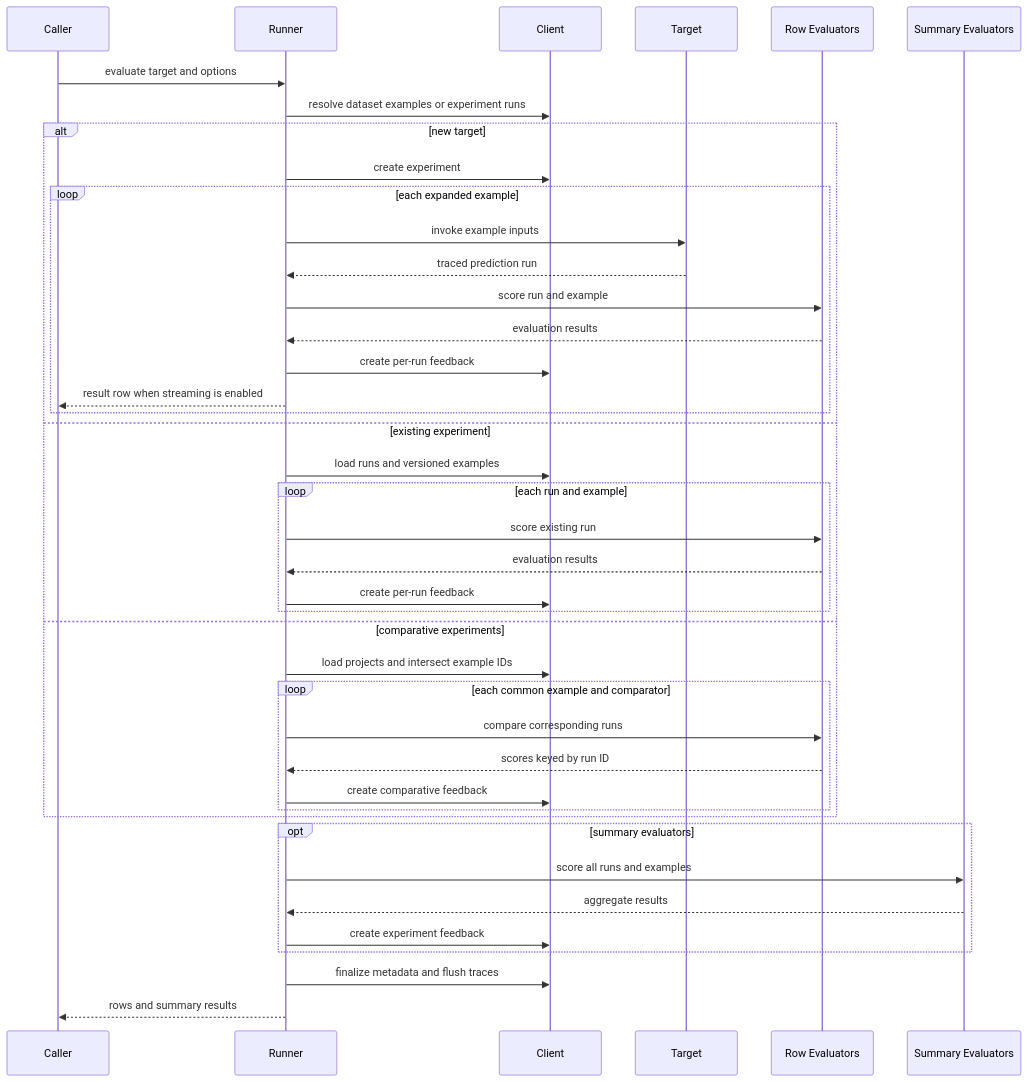
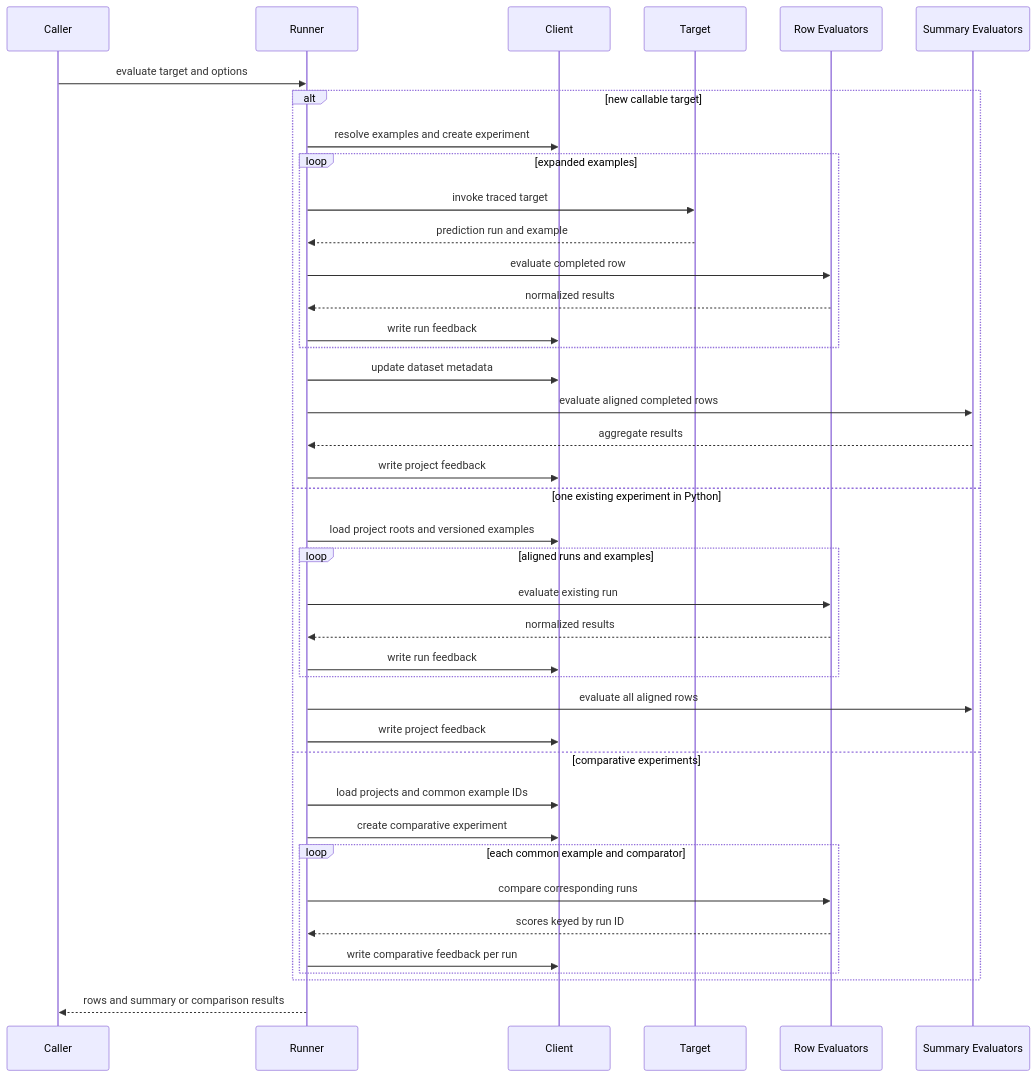
The diagram in openwiki/workflows/evaluation-and-experiments.md (langchain-ai/langsmith-sdk), drawn with Mermaid before and after one commit. The commit also changed other lines of this file and 27 other files, not shown here.

````diff
--- a/openwiki/workflows/evaluation-and-experiments.md
+++ b/openwiki/workflows/evaluation-and-experiments.md
@@ -47,44 +41,43 @@
 ```mermaid
 sequenceDiagram
     participant Caller
     participant Runner
     participant Client
     participant Target
     participant RowEval as Row Evaluators
     participant SummaryEval as Summary Evaluators
 
     Caller->>Runner: evaluate target and options
-    Runner->>Client: resolve dataset examples or experiment runs
-    alt new target
-        Runner->>Client: create experiment
-        loop each expanded example
-            Runner->>Target: invoke example inputs
-            Target-->>Runner: traced prediction run
-            Runner->>RowEval: score run and example
-            RowEval-->>Runner: evaluation results
-            Runner->>Client: create per-run feedback
-            Runner-->>Caller: result row when streaming is enabled
+    alt new callable target
+        Runner->>Client: resolve examples and create experiment
+        loop expanded examples
+            Runner->>Target: invoke traced target
+            Target-->>Runner: prediction run and example
+            Runner->>RowEval: evaluate completed row
+            RowEval-->>Runner: normalized results
+            Runner->>Client: write run feedback
         end
-    else existing experiment
-        Runner->>Client: load runs and versioned examples
-        loop each run and example
-            Runner->>RowEval: score existing run
-            RowEval-->>Runner: evaluation results
-            Runner->>Client: create per-run feedback
+        Runner->>Client: update dataset metadata
+        Runner->>SummaryEval: evaluate aligned completed rows
+        SummaryEval-->>Runner: aggregate results
+        Runner->>Client: write project feedback
+    else one existing experiment in Python
+        Runner->>Client: load project roots and versioned examples
+        loop aligned runs and examples
+            Runner->>RowEval: evaluate existing run
+            RowEval-->>Runner: normalized results
+            Runner->>Client: write run feedback
         end
+        Runner->>SummaryEval: evaluate all aligned rows
+        Runner->>Client: write project feedback
     else comparative experiments
-        Runner->>Client: load projects and intersect example IDs
+        Runner->>Client: load projects and common example IDs
+        Runner->>Client: create comparative experiment
         loop each common example and comparator
             Runner->>RowEval: compare corresponding runs
             RowEval-->>Runner: scores keyed by run ID
-            Runner->>Client: create comparative feedback
+            Runner->>Client: write comparative feedback per run
         end
     end
-    opt summary evaluators
-        Runner->>SummaryEval: score all runs and examples
-        SummaryEval-->>Runner: aggregate results
-        Runner->>Client: create experiment feedback
-    end
-    Runner->>Client: finalize metadata and flush traces
-    Runner-->>Caller: rows and summary results
+    Runner-->>Caller: rows and summary or comparison results
 ```
````
